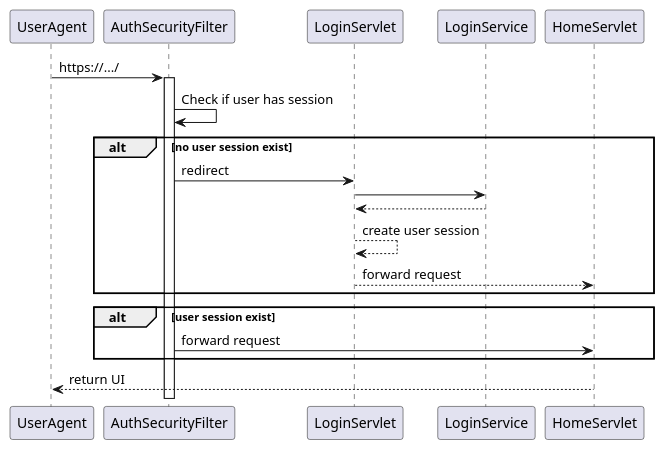
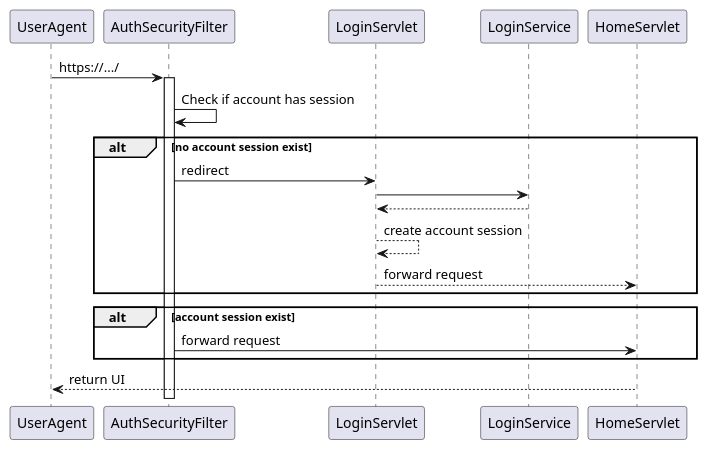
One commit to TimeboardIO/timeboard changed the diagram in docs/modeling/UserAuthProcess.puml. Above: the diagram before and after it, drawn with PlantUML. The commit also changed 102 other files, not shown here.

Commit message:
Rename user to account

```diff
--- a/docs/modeling/UserAuthProcess.puml
+++ b/docs/modeling/UserAuthProcess.puml
@@ -1,25 +1,25 @@
 @startuml
 
 UserAgent -> AuthSecurityFilter : https://.../
 activate AuthSecurityFilter
-AuthSecurityFilter -> AuthSecurityFilter : Check if user has session
+AuthSecurityFilter -> AuthSecurityFilter : Check if account has session
 
-alt no user session exist
+alt no account session exist
 
     AuthSecurityFilter -> LoginServlet : redirect
     LoginServlet -> LoginService
     LoginService --> LoginServlet
-    LoginServlet --> LoginServlet : create user session
+    LoginServlet --> LoginServlet : create account session
     LoginServlet --> HomeServlet : forward request
 end
 
-alt  user session exist
+alt  account session exist
 
     AuthSecurityFilter -> HomeServlet : forward request
 
 end
 
     HomeServlet --> UserAgent : return UI
 
 
 @enduml
```
